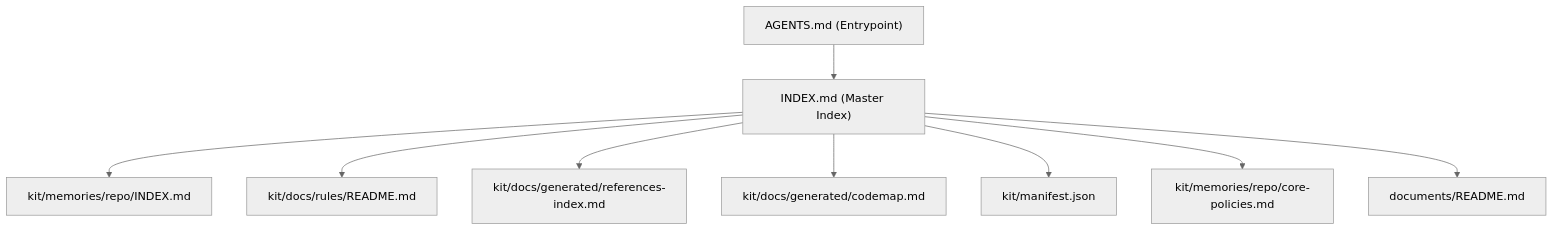
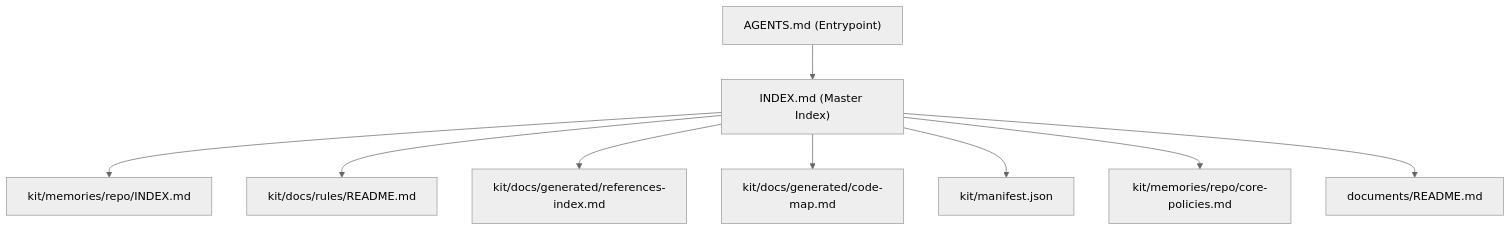
One commit to thaihai-swe/CoreZero-Nexus changed the diagram in INDEX.md. Above: the diagram before and after it, drawn with Mermaid (neutral theme). The commit also changed other lines of this file and 37 other files, not shown here.

First line of the commit message:
Refactor codemap references to code-map

````diff
--- a/INDEX.md
+++ b/INDEX.md
@@ -20,11 +20,11 @@
 ```mermaid
 graph TD
     AGENTS["AGENTS.md (Entrypoint)"] --> INDEX["INDEX.md (Master Index)"]
     INDEX --> MEM["kit/memories/repo/INDEX.md"]
     INDEX --> RULES["kit/docs/rules/README.md"]
     INDEX --> DOCS["kit/docs/generated/references-index.md"]
-    INDEX --> MAP["kit/docs/generated/codemap.md"]
+    INDEX --> MAP["kit/docs/generated/code-map.md"]
     INDEX --> MANIFEST["kit/manifest.json"]
     INDEX --> POLICIES["kit/memories/repo/core-policies.md"]
     INDEX --> MAINT["documents/README.md"]
 ```
````
